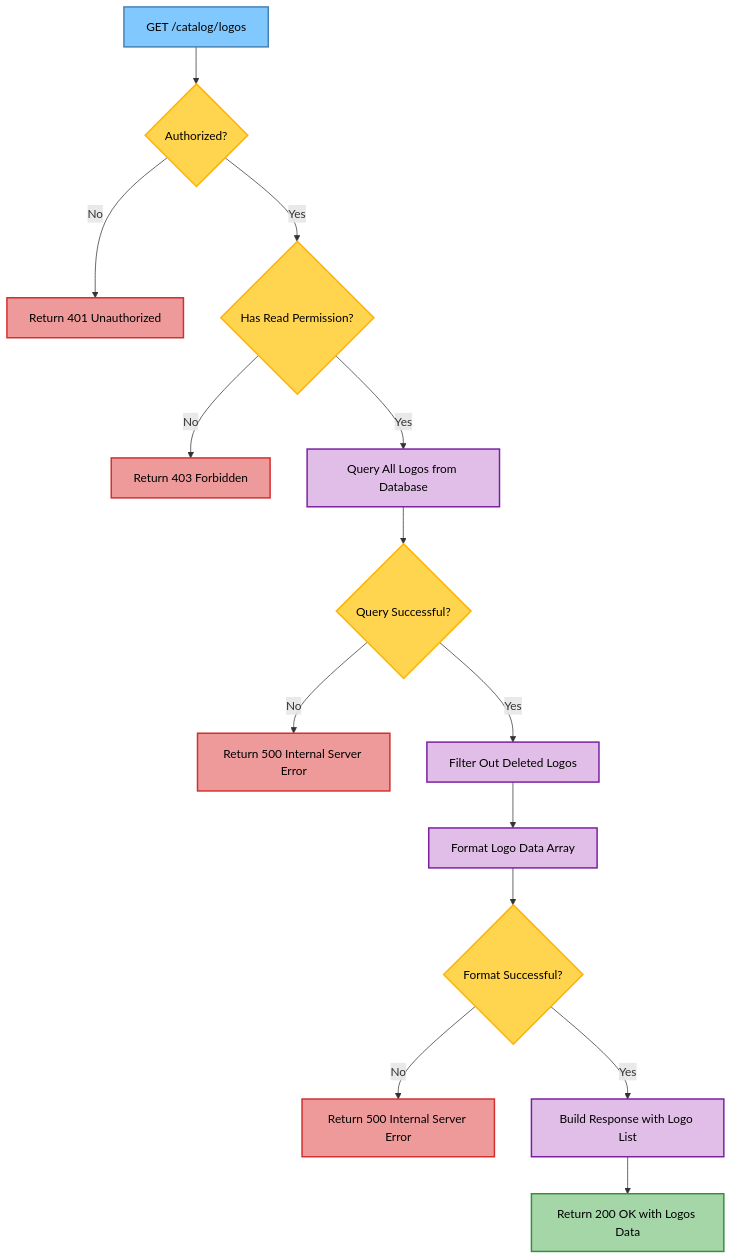
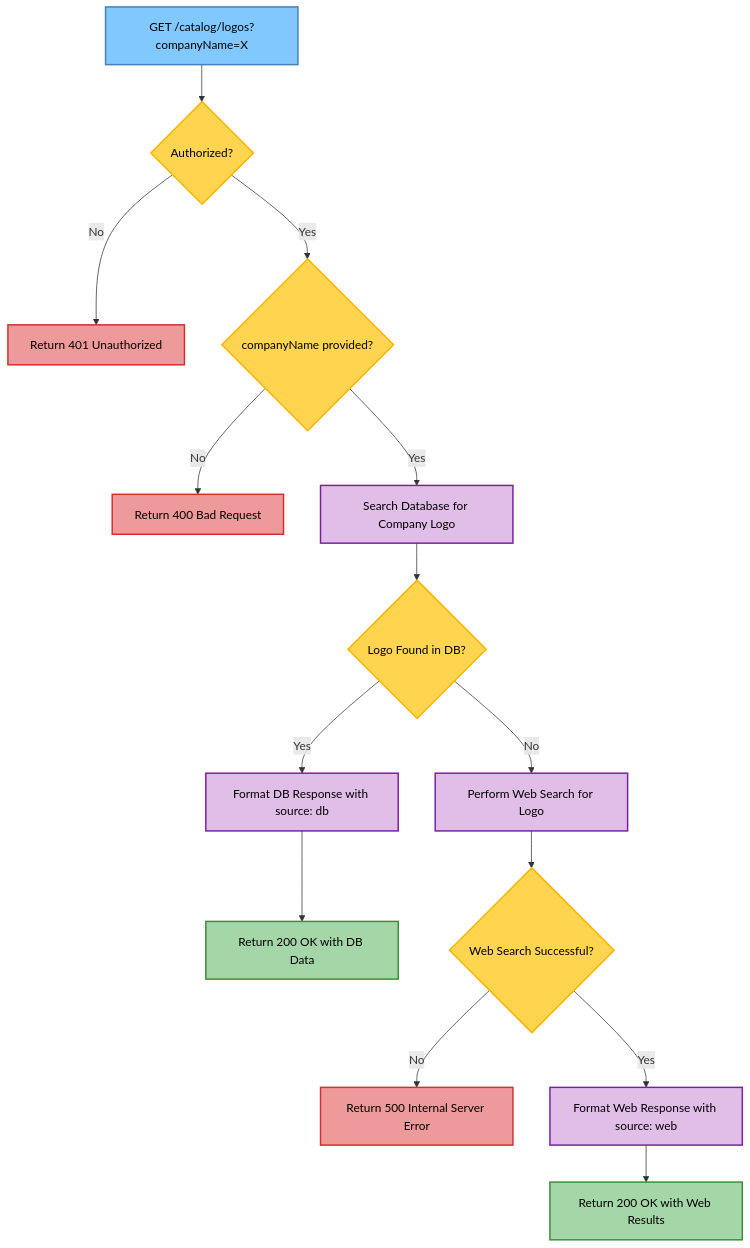
Before and after one commit to TeamShiksha/openlogo: diagram 20 of 27 in docs/DEVELOPMENT.md, drawn with Mermaid. The commit also changed other lines of this file, not shown here.

Commit message:
docs: enhance /catalog/logos API behavior documentation

````diff
--- a/docs/DEVELOPMENT.md
+++ b/docs/DEVELOPMENT.md
@@ -1660,29 +1717,29 @@
 ```mermaid
 flowchart TD
 %% API Flow: GET /catalog/logos
-Start[GET /catalog/logos] --> Auth{Authorized?}
+Start[GET /catalog/logos?companyName=X] --> Auth{Authorized?}
 Auth -->|No| Auth401[Return 401 Unauthorized]
-Auth -->|Yes| CheckPerms{Has Read Permission?}
-CheckPerms -->|No| Forbidden403[Return 403 Forbidden]
-CheckPerms -->|Yes| QueryLogos[Query All Logos from Database]
-QueryLogos --> QuerySuccess{Query Successful?}
-QuerySuccess -->|No| QueryError500[Return 500 Internal Server Error]
-QuerySuccess -->|Yes| FilterDeleted[Filter Out Deleted Logos]
-FilterDeleted --> FormatData[Format Logo Data Array]
-FormatData --> FormatSuccess{Format Successful?}
-FormatSuccess -->|No| FormatError500[Return 500 Internal Server Error]
-FormatSuccess -->|Yes| BuildResponse[Build Response with Logo List]
-BuildResponse --> Success200[Return 200 OK with Logos Data]
+Auth -->|Yes| ValidateParams{companyName provided?}
+ValidateParams -->|No| BadRequest400[Return 400 Bad Request]
+ValidateParams -->|Yes| QueryDB[Search Database for Company Logo]
+QueryDB --> DBFound{Logo Found in DB?}
+DBFound -->|Yes| FormatDB[Format DB Response with source: db]
+FormatDB --> Success200DB[Return 200 OK with DB Data]
+DBFound -->|No| WebSearch[Perform Web Search for Logo]
+WebSearch --> WebSuccess{Web Search Successful?}
+WebSuccess -->|No| WebError500[Return 500 Internal Server Error]
+WebSuccess -->|Yes| FormatWeb[Format Web Response with source: web]
+FormatWeb --> Success200Web[Return 200 OK with Web Results]
 
 classDef startEnd fill:#81C8FF,stroke:#4682B4,stroke-width:2px,color:#000;
 classDef decision fill:#FFD54F,stroke:#FFB300,stroke-width:2px,color:#000;
 classDef success fill:#A5D6A7,stroke:#388E3C,stroke-width:2px,color:#000;
 classDef error fill:#EF9A9A,stroke:#D32F2F,stroke-width:2px,color:#000;
 classDef process fill:#E1BEE7,stroke:#7B1FA2,stroke-width:2px,color:#000;
 
-class Start,Success200 startEnd
-class Auth,CheckPerms,QuerySuccess,FormatSuccess decision
-class Success200 success
-class Auth401,Forbidden403,QueryError500,FormatError500 error
-class QueryLogos,FilterDeleted,FormatData,BuildResponse process
+class Start,Success200DB,Success200Web startEnd
+class Auth,ValidateParams,DBFound,WebSuccess decision
+class Success200DB,Success200Web success
+class Auth401,BadRequest400,WebError500 error
+class QueryDB,FormatDB,WebSearch,FormatWeb process
 ```
````
